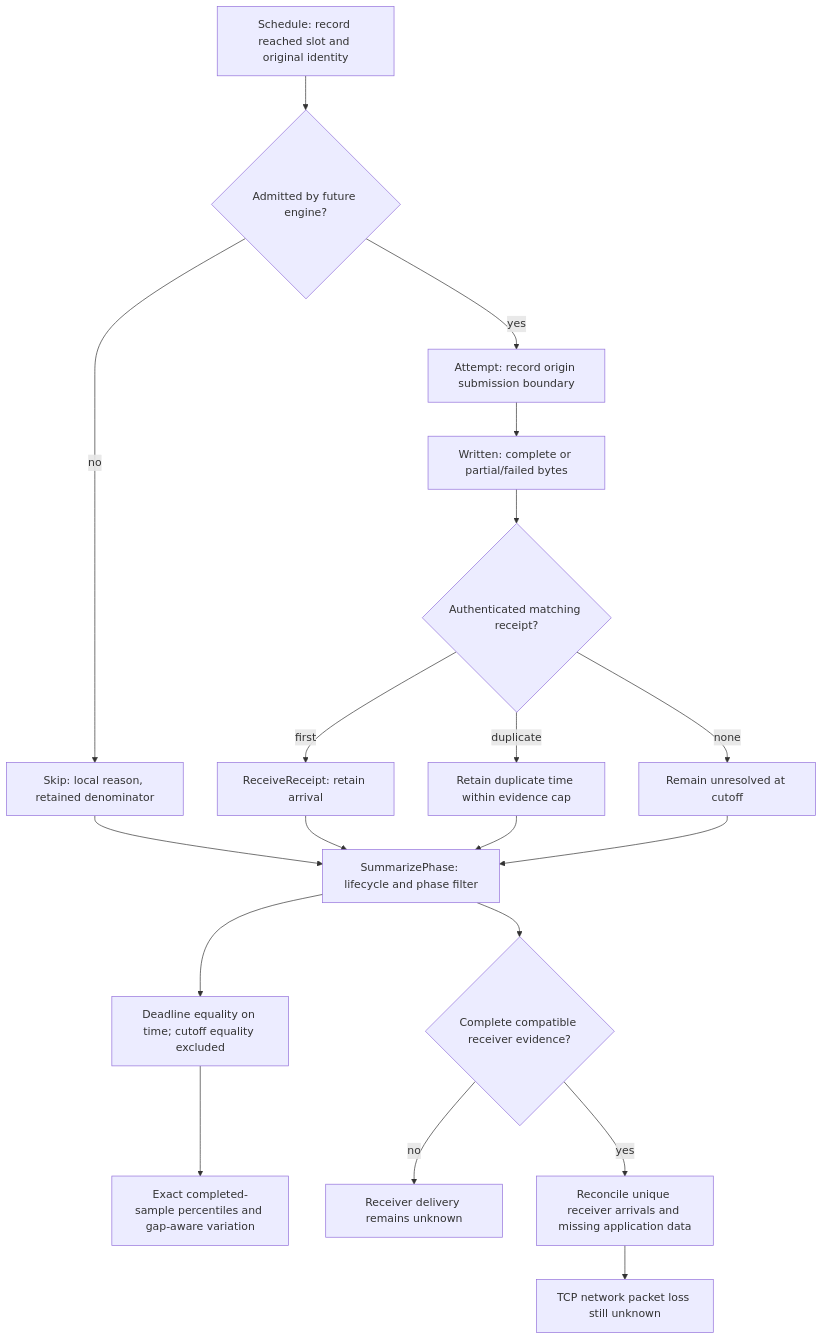
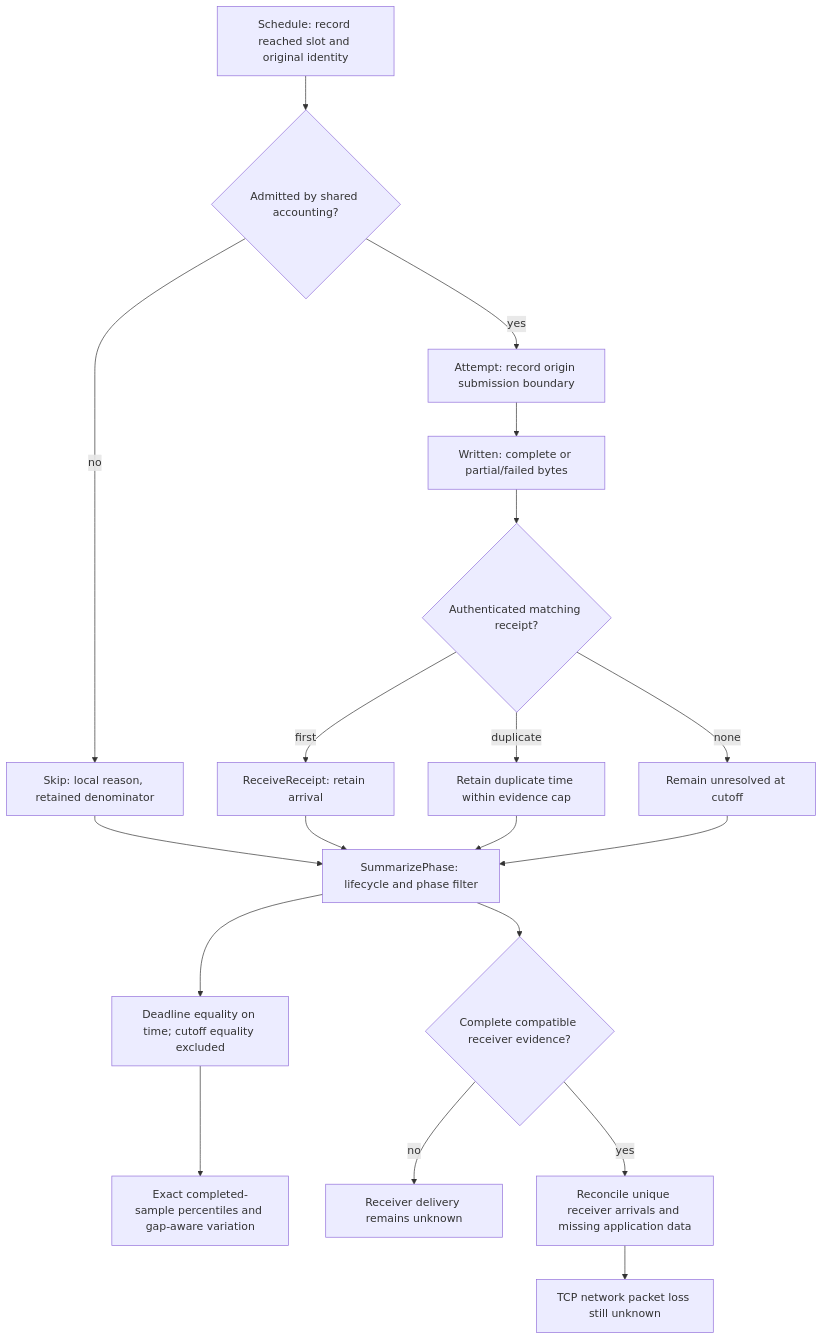
The eighth of 9 diagrams in FLOWCHART.md (rashidbestry/sneaky-port), drawn with Mermaid before and after one commit. The commit also changed other lines of this file and 23 other files, not shown here.

````diff
--- a/FLOWCHART.md
+++ b/FLOWCHART.md
@@ -182,21 +210,21 @@
 ```mermaid
 flowchart TD
-    A[Schedule: record reached slot and original identity] --> B{Admitted by future engine?}
+    A[Schedule: record reached slot and original identity] --> B{Admitted by shared accounting?}
     B -->|no| C[Skip: local reason, retained denominator]
     B -->|yes| D[Attempt: record origin submission boundary]
     D --> E[Written: complete or partial/failed bytes]
     E --> F{Authenticated matching receipt?}
     F -->|first| G[ReceiveReceipt: retain arrival]
     F -->|duplicate| H[Retain duplicate time within evidence cap]
     F -->|none| I[Remain unresolved at cutoff]
     C --> J[SummarizePhase: lifecycle and phase filter]
     G --> J
     H --> J
     I --> J
     J --> K[Deadline equality on time; cutoff equality excluded]
     K --> L[Exact completed-sample percentiles and gap-aware variation]
     J --> M{Complete compatible receiver evidence?}
     M -->|no| N[Receiver delivery remains unknown]
     M -->|yes| O[Reconcile unique receiver arrivals and missing application data]
     O --> P[TCP network packet loss still unknown]
 ```
````
